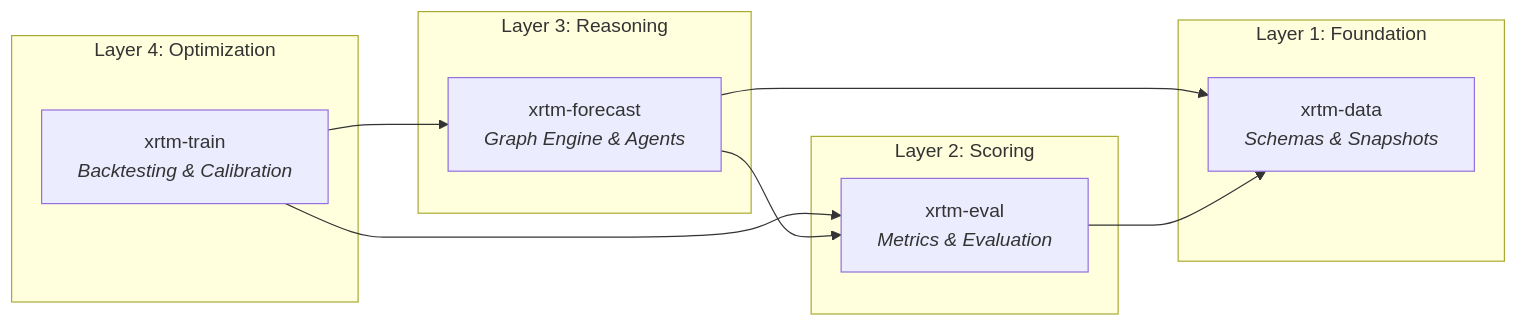
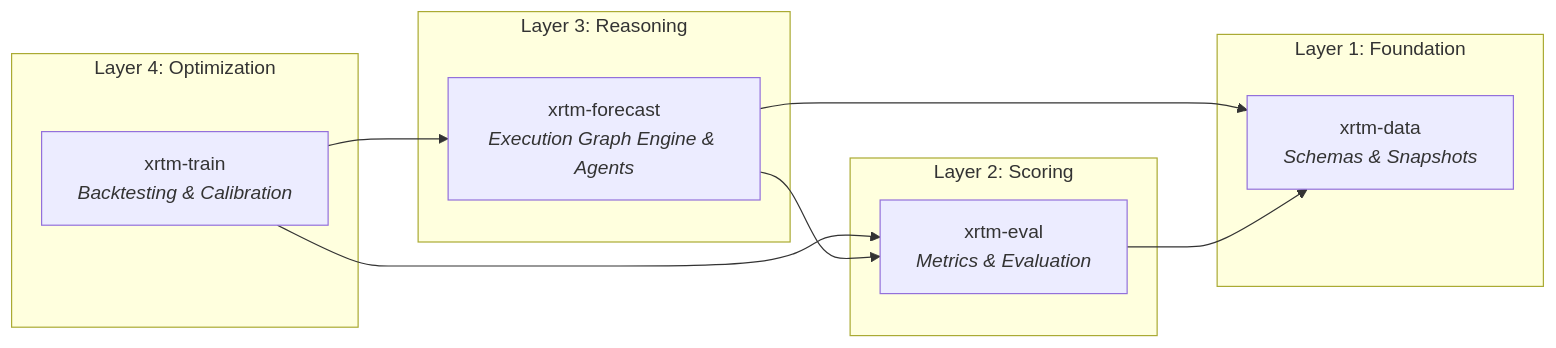
Before and after one commit to xrtm-org/forecast: the diagram in README.md, drawn with Mermaid. The commit also changed other lines of this file and 43 other files, not shown here.

````diff
--- a/README.md
+++ b/README.md
@@ -50,21 +65,21 @@
 ```mermaid
 graph LR
     subgraph "Layer 4: Optimization"
         Train["xrtm-train<br/><i>Backtesting & Calibration</i>"]
     end
     subgraph "Layer 3: Reasoning"
-        Forecast["xrtm-forecast<br/><i>Graph Engine & Agents</i>"]
+        Forecast["xrtm-forecast<br/><i>Execution Graph Engine & Agents</i>"]
     end
     subgraph "Layer 2: Scoring"
         Eval["xrtm-eval<br/><i>Metrics & Evaluation</i>"]
     end
     subgraph "Layer 1: Foundation"
         Data["xrtm-data<br/><i>Schemas & Snapshots</i>"]
     end
     
     Train --> Forecast
     Train --> Eval
     Forecast --> Eval
     Forecast --> Data
     Eval --> Data
 ```
````
